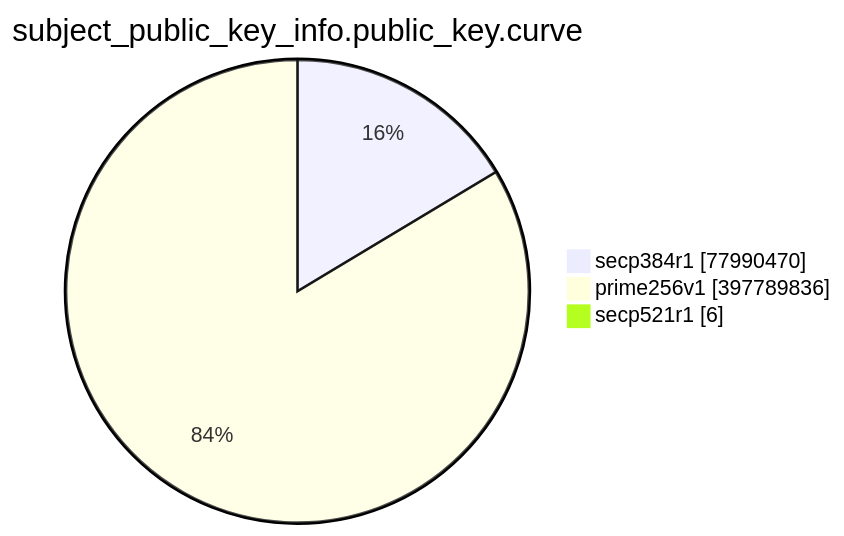
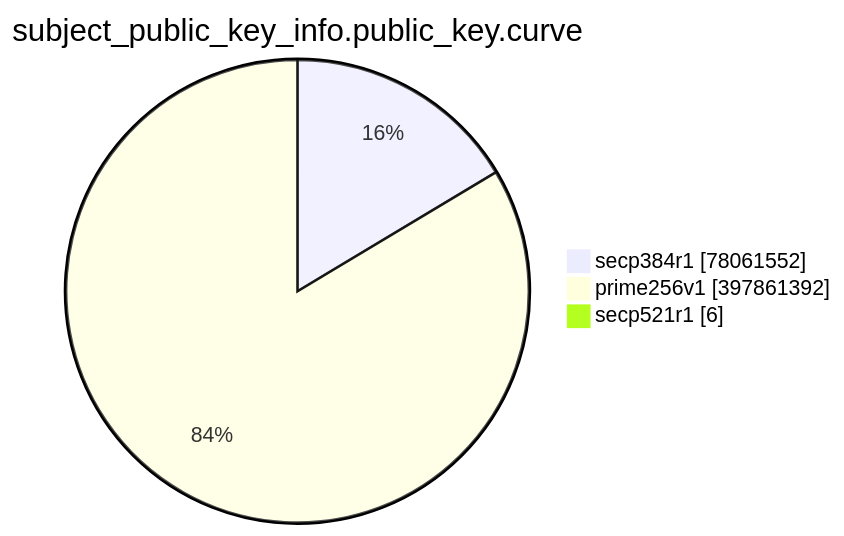
One commit to christiankrug/ctmonitor_visualization changed the eighth of 15 diagrams in TOTAL/README.md. Above: the diagram before and after it, drawn with Mermaid. The commit also changed other lines of this file, not shown here.

````diff
--- a/TOTAL/README.md
+++ b/TOTAL/README.md
@@ -3095,7 +3095,7 @@
 ```mermaid
 pie showData
 title subject_public_key_info.public_key.curve
-"secp384r1" :77990470
-"prime256v1" :397789836
+"secp384r1" :78061552
+"prime256v1" :397861392
 "secp521r1" :6
 ```
````
